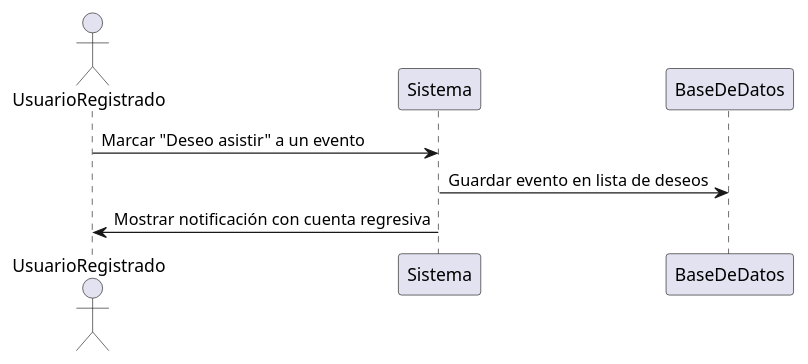
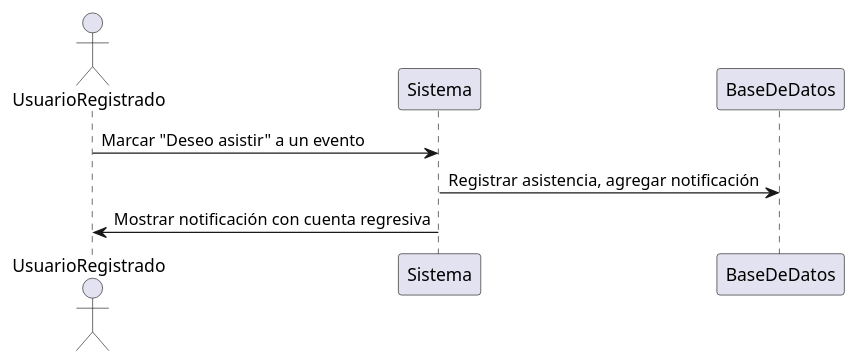
The diagram in docs/diagramas/secuence/attend.puml (mazHania4/o_k_h), drawn with PlantUML before and after one commit. The commit also changed 22 other files, not shown here.

```diff
--- a/docs/diagramas/secuence/attend.puml
+++ b/docs/diagramas/secuence/attend.puml
@@ -1,6 +1,6 @@
 @startuml attend
 actor UsuarioRegistrado
 UsuarioRegistrado -> Sistema : Marcar "Deseo asistir" a un evento
-Sistema -> BaseDeDatos : Guardar evento en lista de deseos
+Sistema -> BaseDeDatos : Registrar asistencia, agregar notificación
 Sistema -> UsuarioRegistrado : Mostrar notificación con cuenta regresiva
 @enduml
```
